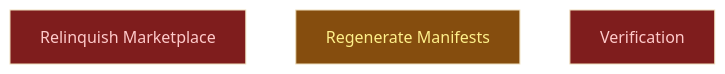
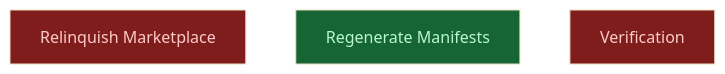
Before and after one commit to CrackingShells/colgrep-mcp: the diagram in __roadmap__/nest_migration/README.md, drawn with Mermaid (base theme). The commit also changed other lines of this file, not shown here.

Commit message:
chore(roadmap): regenerate_manifests done; the level stays open on its gate
Set through dirtree-rdm. The level does not close: `relinquish_marketplace`
and `verify/` remain blocked on the playbook campaign, so nest_migration is
half-landed by design rather than stalled.

````diff
--- a/__roadmap__/nest_migration/README.md
+++ b/__roadmap__/nest_migration/README.md
@@ -33,11 +33,11 @@
 ```mermaid
 graph TD
     relinquish_marketplace[Relinquish Marketplace]:::blocked
-    regenerate_manifests[Regenerate Manifests]:::inprogress
+    regenerate_manifests[Regenerate Manifests]:::done
     verify[Verification]:::blocked
     classDef done       fill:#166534,color:#bbf7d0
     classDef inprogress fill:#854d0e,color:#fef08a
     classDef planned    fill:#374151,color:#e5e7eb
     classDef amendment  fill:#1e3a5f,color:#bfdbfe
     classDef blocked    fill:#7f1d1d,color:#fecaca
 ```
````
